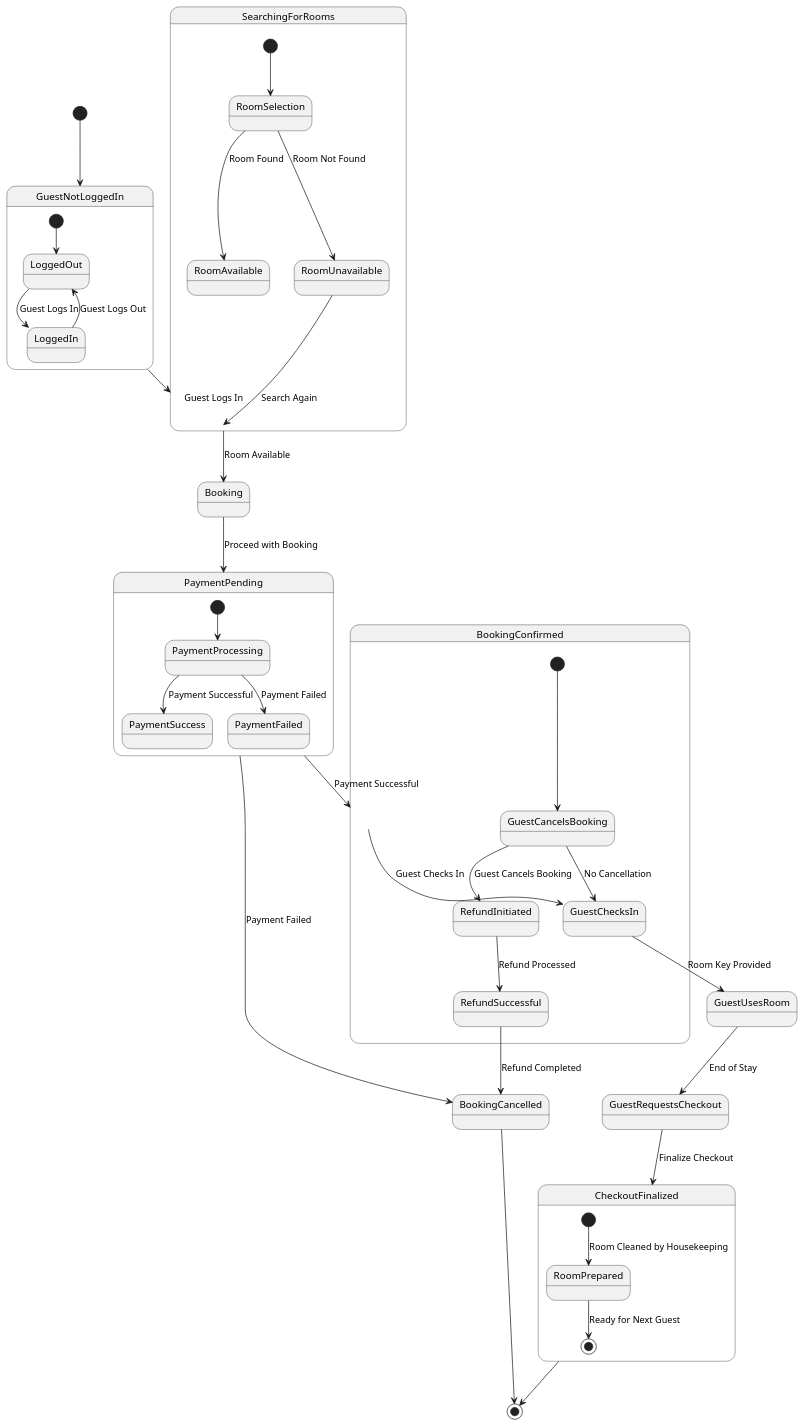
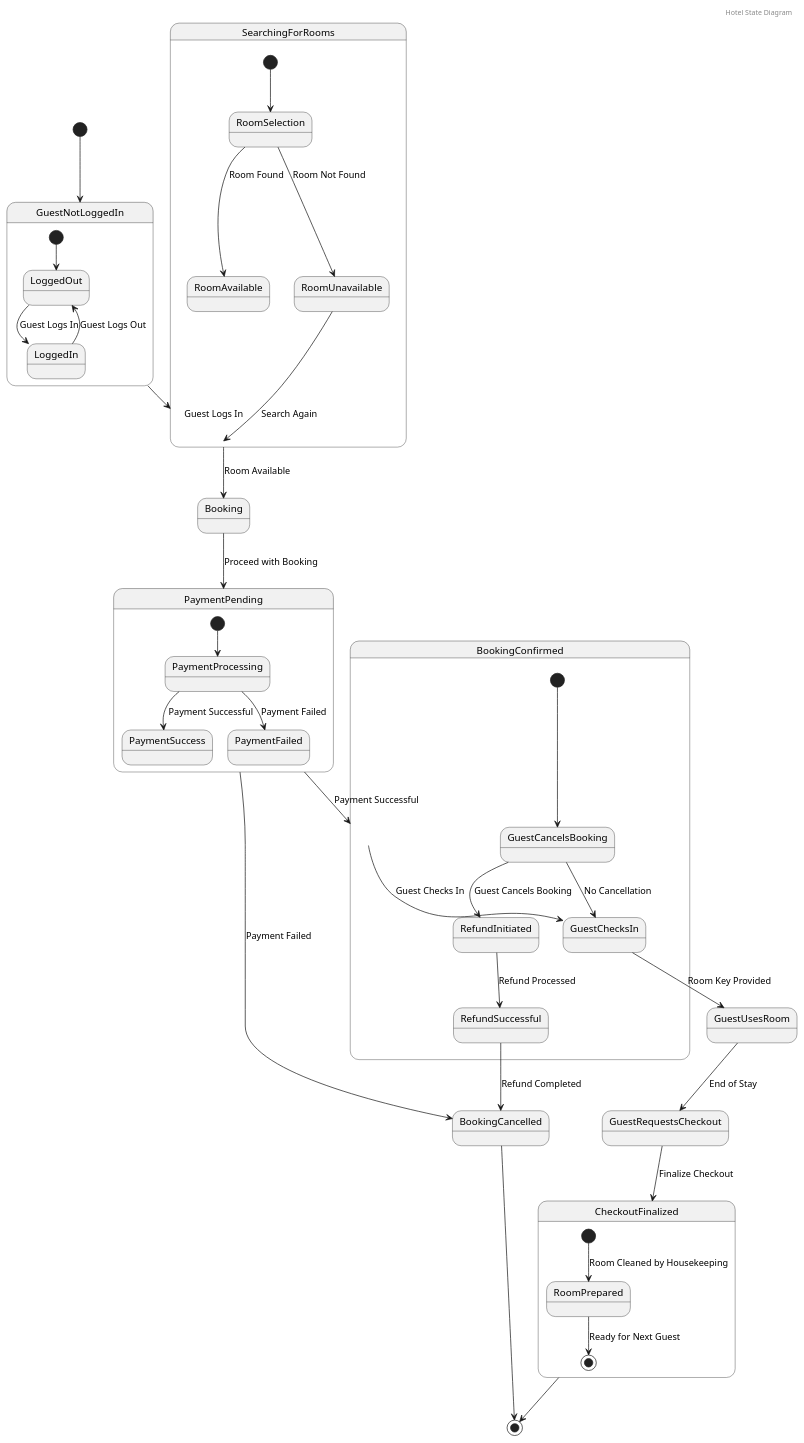
Before and after one commit to Piyush-cateina/Plantuml: the diagram in hotel_state.puml, drawn with PlantUML. The commit also changed 2 other files, not shown here.

```diff
--- a/hotel_state.puml
+++ b/hotel_state.puml
@@ -1,52 +1,55 @@
 @startuml
+
+header Hotel State Diagram
+
 [*] --> GuestNotLoggedIn
 
 state GuestNotLoggedIn {
     [*] --> LoggedOut
     LoggedOut --> LoggedIn : Guest Logs In
     LoggedIn --> LoggedOut : Guest Logs Out
 }
 
 GuestNotLoggedIn --> SearchingForRooms : Guest Logs In
 
 state SearchingForRooms {
     [*] --> RoomSelection
     RoomSelection --> RoomAvailable : Room Found
     RoomSelection --> RoomUnavailable : Room Not Found
     RoomUnavailable --> SearchingForRooms : Search Again
 }
 
 SearchingForRooms --> Booking : Room Available
 Booking --> PaymentPending : Proceed with Booking
 
 state PaymentPending {
     [*] --> PaymentProcessing
     PaymentProcessing --> PaymentSuccess : Payment Successful
     PaymentProcessing --> PaymentFailed : Payment Failed
 }
 
 PaymentPending --> BookingConfirmed : Payment Successful
 PaymentPending --> BookingCancelled : Payment Failed
 
 state BookingConfirmed {
     [*] --> GuestCancelsBooking
     GuestCancelsBooking --> RefundInitiated : Guest Cancels Booking
     RefundInitiated --> RefundSuccessful : Refund Processed
     RefundSuccessful --> BookingCancelled : Refund Completed
     GuestCancelsBooking --> GuestChecksIn : No Cancellation
 }
 
 BookingConfirmed --> GuestChecksIn : Guest Checks In
 GuestChecksIn --> GuestUsesRoom : Room Key Provided
 GuestUsesRoom --> GuestRequestsCheckout : End of Stay
 GuestRequestsCheckout --> CheckoutFinalized : Finalize Checkout
 
 state CheckoutFinalized {
     [*] --> RoomPrepared : Room Cleaned by Housekeeping
     RoomPrepared --> [*] : Ready for Next Guest
 }
 
 BookingCancelled --> [*]
 CheckoutFinalized --> [*]
 
 @enduml
```
